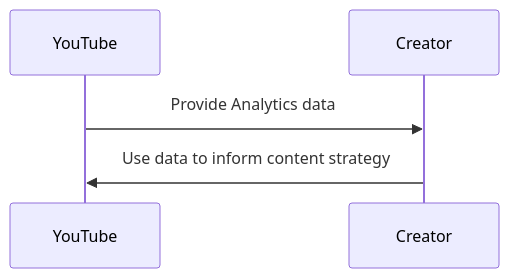
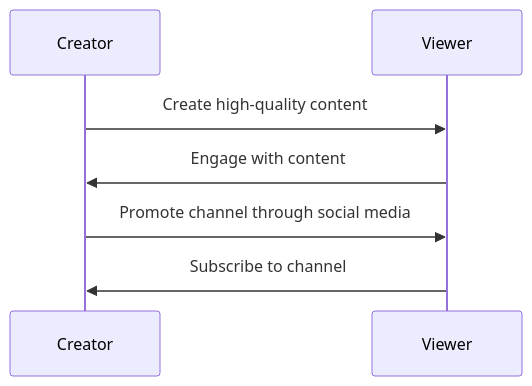
Before and after one commit to rajustambe/creatorkhata-blog: the third of 3 diagrams in src/content/posts/how-to-grow-youtube-channel-from-zero-india.md, drawn with Mermaid. The commit also changed other lines of this file, not shown here.

Commit message:
blog: add how-to-grow-youtube-channel-from-zero-india

````diff
--- a/src/content/posts/how-to-grow-youtube-channel-from-zero-india.md
+++ b/src/content/posts/how-to-grow-youtube-channel-from-zero-india.md
@@ -142,7 +100,9 @@
 ```mermaid
 sequenceDiagram
-  participant YouTube as YouTube
-  participant Creator as Creator
-  YouTube->>Creator: Provide Analytics data
-  Creator->>YouTube: Use data to inform content strategy
+  participant Creator
+  participant Viewer
+  Creator->>Viewer: Create high-quality content
+  Viewer->>Creator: Engage with content
+  Creator->>Viewer: Promote channel through social media
+  Viewer->>Creator: Subscribe to channel
 ```
````
